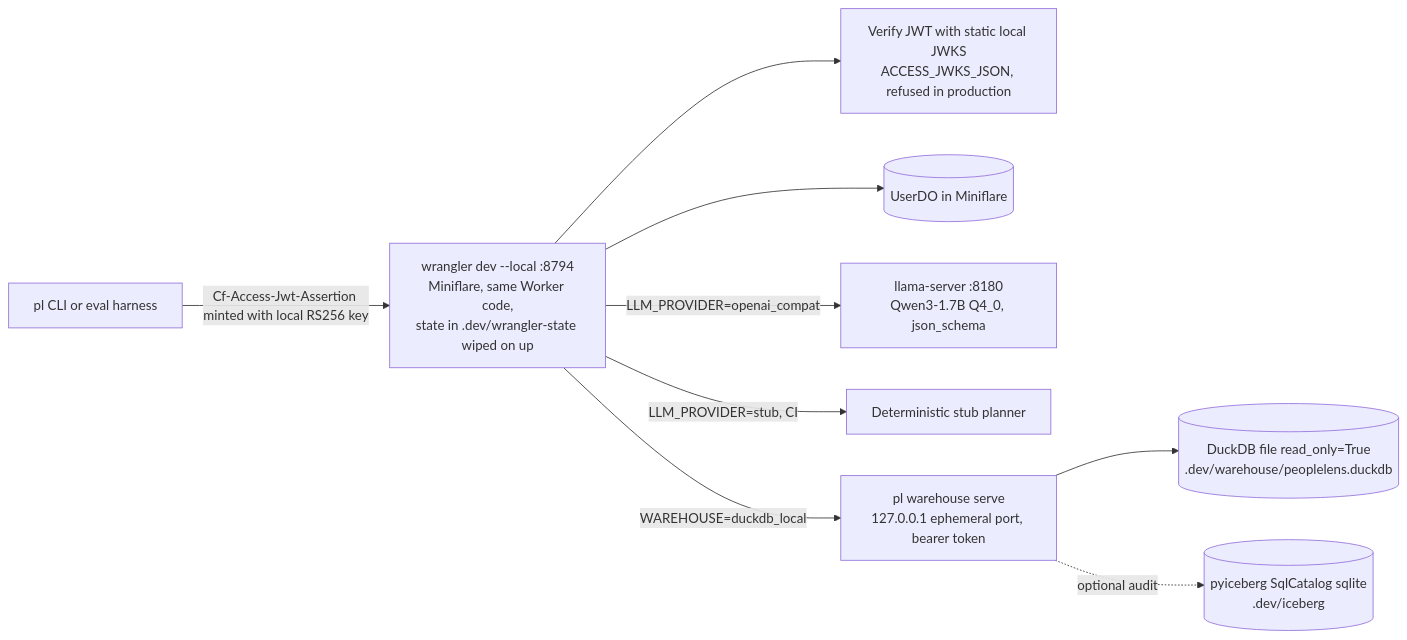
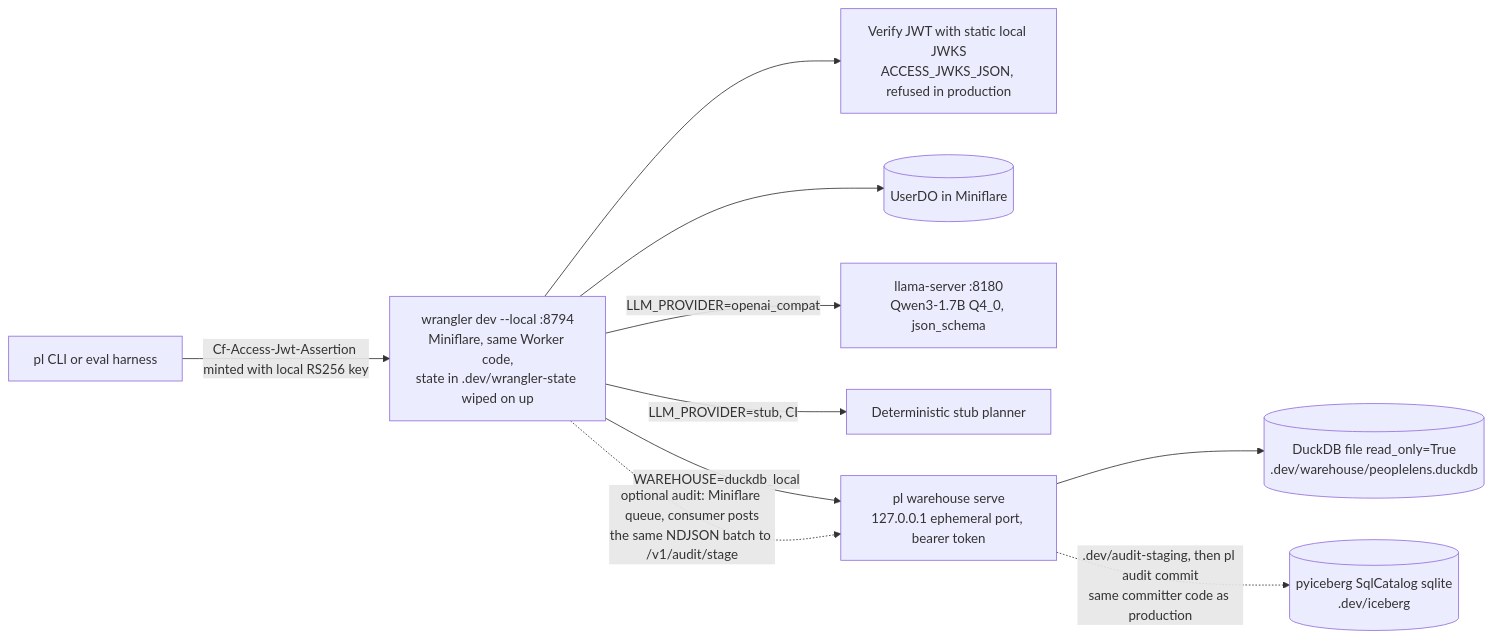
The second of 2 diagrams in SPEC.md (nitishsjsucs/peoplelens), drawn with Mermaid before and after one commit. The commit also changed other lines of this file and 1 other file, not shown here.

First line of the commit message:
docs(spec): production on the Workers Free plan and a shared Google Cloud project

````diff
--- a/SPEC.md
+++ b/SPEC.md
@@ -93,11 +101,12 @@
 ```mermaid
 flowchart LR
   CLI[pl CLI or eval harness] -->|Cf-Access-Jwt-Assertion minted with local RS256 key| WD[wrangler dev --local :8794<br/>Miniflare, same Worker code,<br/>state in .dev/wrangler-state wiped on up]
   WD --> AUTHL[Verify JWT with static local JWKS<br/>ACCESS_JWKS_JSON, refused in production]
   WD --> DOL[(UserDO in Miniflare)]
   WD -->|LLM_PROVIDER=openai_compat| LS[llama-server :8180<br/>Qwen3-1.7B Q4_0, json_schema]
   WD -->|LLM_PROVIDER=stub, CI| STUB[Deterministic stub planner]
   WD -->|WAREHOUSE=duckdb_local| SC[pl warehouse serve<br/>127.0.0.1 ephemeral port, bearer token]
   SC --> DDB[(DuckDB file read_only=True<br/>.dev/warehouse/peoplelens.duckdb)]
-  SC -.->|optional audit| PYI[(pyiceberg SqlCatalog sqlite<br/>.dev/iceberg)]
+  WD -.->|optional audit: Miniflare queue, consumer posts<br/>the same NDJSON batch to /v1/audit/stage| SC
+  SC -.->|.dev/audit-staging, then pl audit commit<br/>same committer code as production| PYI[(pyiceberg SqlCatalog sqlite<br/>.dev/iceberg)]
 ```
````
